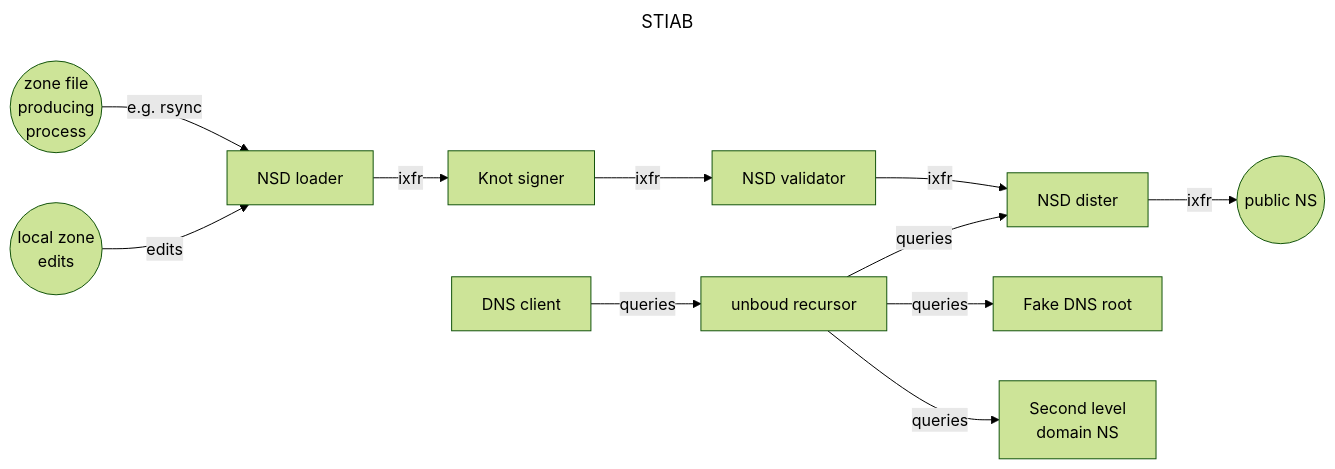
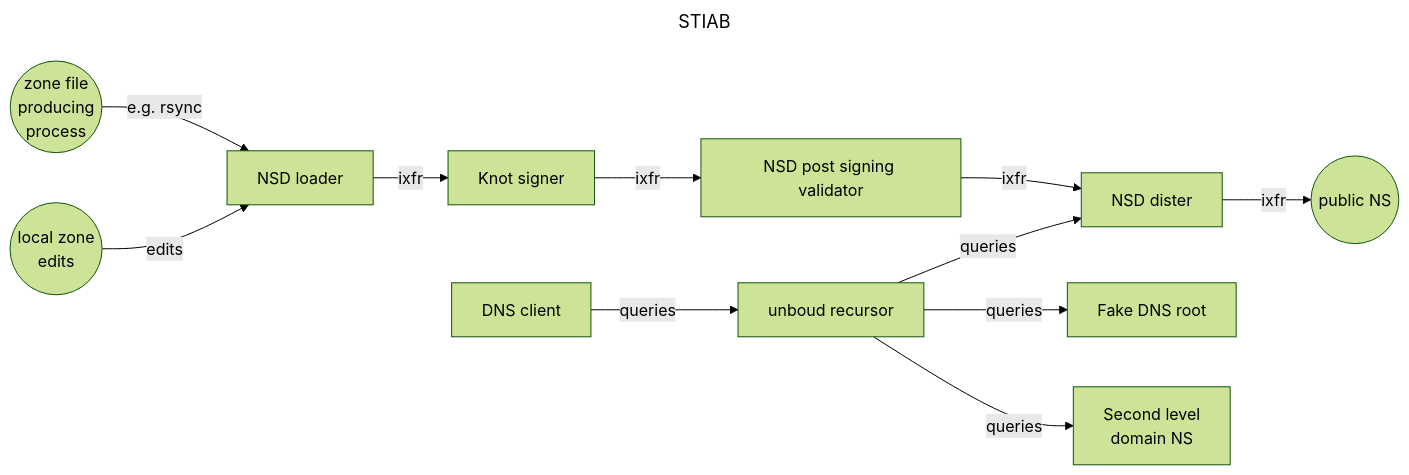
Before and after one commit to niek-sidn/stiab: the diagram in README.md, drawn with Mermaid (forest theme). The commit also changed other lines of this file and 9 other files, not shown here.

````diff
--- a/README.md
+++ b/README.md
@@ -67,23 +67,23 @@
 ```mermaid
 ---
 title: STIAB
 ---
 graph LR
 Z(("`zone file 
 producing 
 process`")) --> |e.g. rsync| A
 Y(("`local zone
 edits`")) --> |edits| A
 A[NSD loader] --> |ixfr| B
 B[Knot signer] --> |ixfr| C
-C[NSD validator] --> |ixfr| D
+C[NSD post signing validator] --> |ixfr| D
 D[NSD dister] --> |ixfr| E
 E((public NS))
 F[unboud recursor] --> |queries| D
 F --> |queries| H
 F --> |queries| I
 G[DNS client] --> |queries| F
 H[Fake DNS root]
 I["`Second level 
 domain NS`"]
 ```
````
